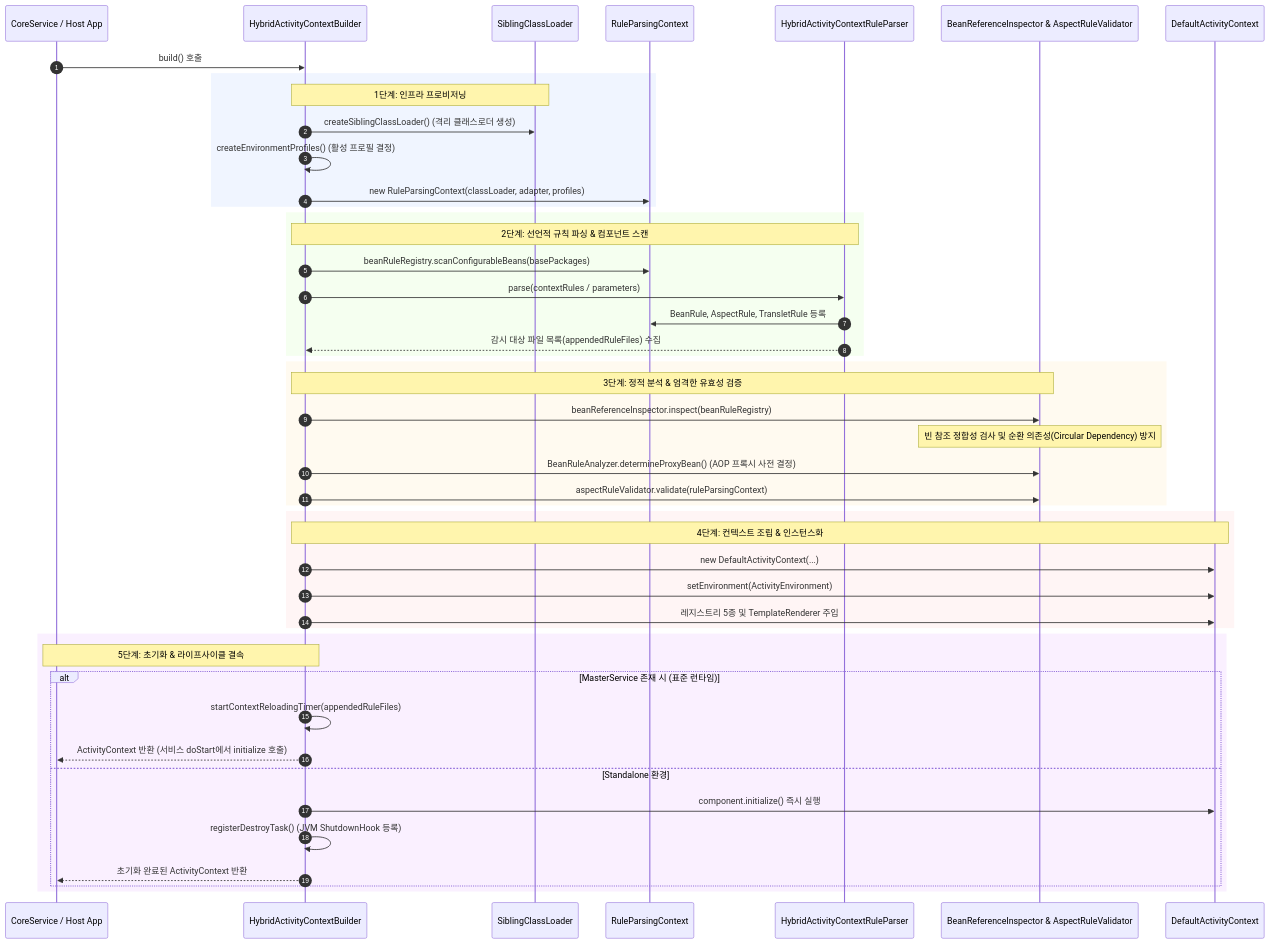
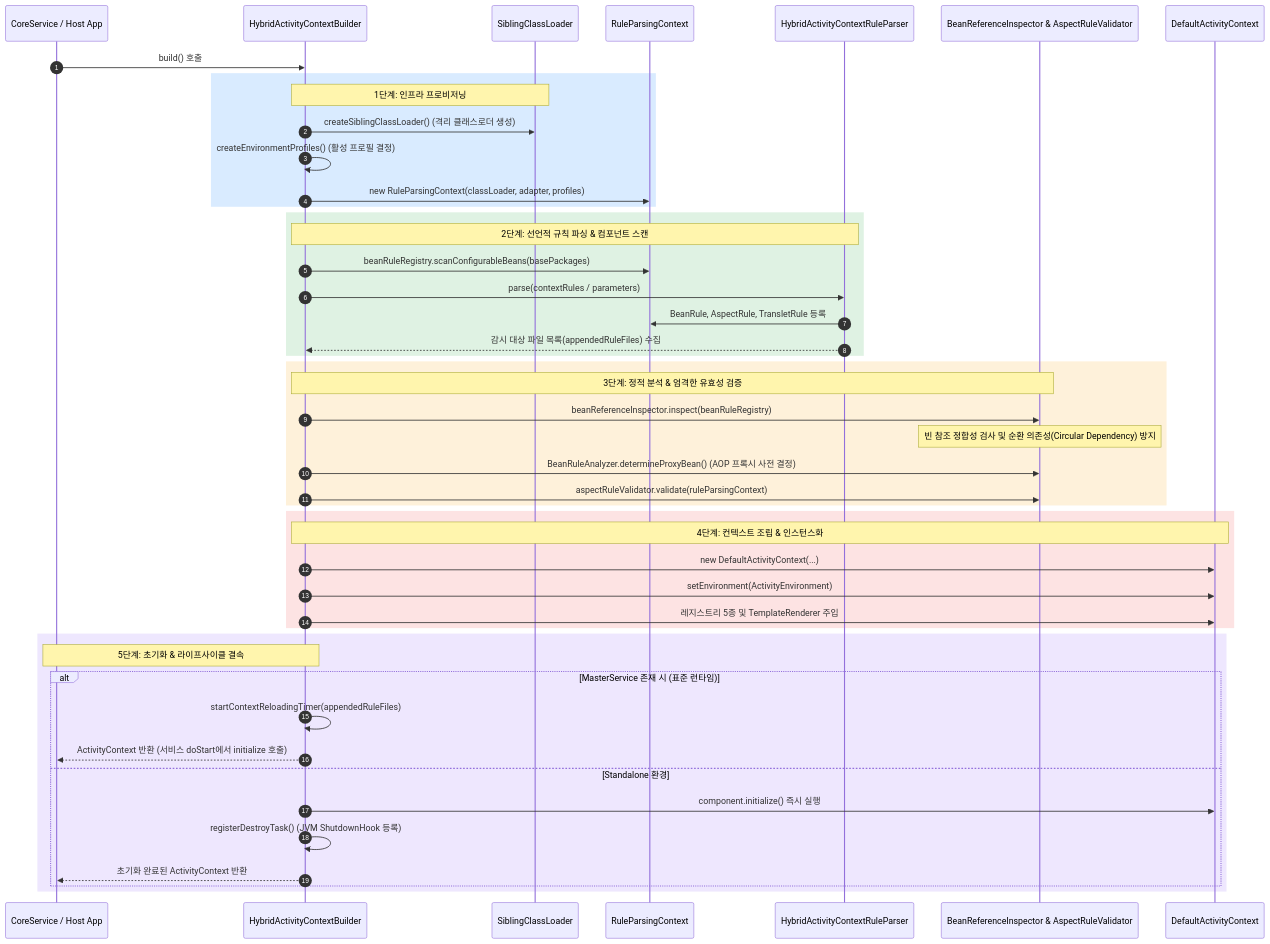
The first of 2 diagrams in _pages/ko/docs/mechanisms/activity-context-building.md (aspectran/aspectran.github.io), drawn with Mermaid before and after one commit. The commit also changed 1 other file, not shown here.

````diff
--- a/_pages/ko/docs/mechanisms/activity-context-building.md
+++ b/_pages/ko/docs/mechanisms/activity-context-building.md
@@ -17,55 +17,55 @@
 ```mermaid
 sequenceDiagram
     autonumber
     participant Svc as CoreService / Host App
     participant Builder as HybridActivityContextBuilder
     participant Loader as SiblingClassLoader
     participant Context as RuleParsingContext
     participant Parser as HybridActivityContextRuleParser
     participant Validator as BeanReferenceInspector & AspectRuleValidator
     participant AC as DefaultActivityContext
 
     Svc->>Builder: build() 호출
 
-    rect rgb(240, 245, 255)
+    rect rgba(0, 122, 255, 0.15)
     Note over Builder,Loader: 1단계: 인프라 프로비저닝
     Builder->>Loader: createSiblingClassLoader() (격리 클래스로더 생성)
     Builder->>Builder: createEnvironmentProfiles() (활성 프로필 결정)
     Builder->>Context: new RuleParsingContext(classLoader, adapter, profiles)
     end
 
-    rect rgb(245, 255, 240)
+    rect rgba(40, 167, 69, 0.15)
     Note over Builder,Parser: 2단계: 선언적 규칙 파싱 & 컴포넌트 스캔
     Builder->>Context: beanRuleRegistry.scanConfigurableBeans(basePackages)
     Builder->>Parser: parse(contextRules / parameters)
     Parser->>Context: BeanRule, AspectRule, TransletRule 등록
     Parser-->>Builder: 감시 대상 파일 목록(appendedRuleFiles) 수집
     end
 
-    rect rgb(255, 250, 240)
+    rect rgba(245, 158, 11, 0.15)
     Note over Builder,Validator: 3단계: 정적 분석 & 엄격한 유효성 검증
     Builder->>Validator: beanReferenceInspector.inspect(beanRuleRegistry)
     Note over Validator: 빈 참조 정합성 검사 및 순환 의존성(Circular Dependency) 방지
     Builder->>Validator: BeanRuleAnalyzer.determineProxyBean() (AOP 프록시 사전 결정)
     Builder->>Validator: aspectRuleValidator.validate(ruleParsingContext)
     end
 
-    rect rgb(255, 245, 245)
+    rect rgba(239, 68, 68, 0.15)
     Note over Builder,AC: 4단계: 컨텍스트 조립 & 인스턴스화
     Builder->>AC: new DefaultActivityContext(...)
     Builder->>AC: setEnvironment(ActivityEnvironment)
     Builder->>AC: 레지스트리 5종 및 TemplateRenderer 주입
     end
 
-    rect rgb(250, 240, 255)
+    rect rgba(139, 92, 246, 0.15)
     Note over Builder,Svc: 5단계: 초기화 & 라이프사이클 결속
     alt MasterService 존재 시 (표준 런타임)
         Builder->>Builder: startContextReloadingTimer(appendedRuleFiles)
         Builder-->>Svc: ActivityContext 반환 (서비스 doStart에서 initialize 호출)
     else Standalone 환경
         Builder->>AC: component.initialize() 즉시 실행
         Builder->>Builder: registerDestroyTask() (JVM ShutdownHook 등록)
         Builder-->>Svc: 초기화 완료된 ActivityContext 반환
     end
     end
 ```
````
